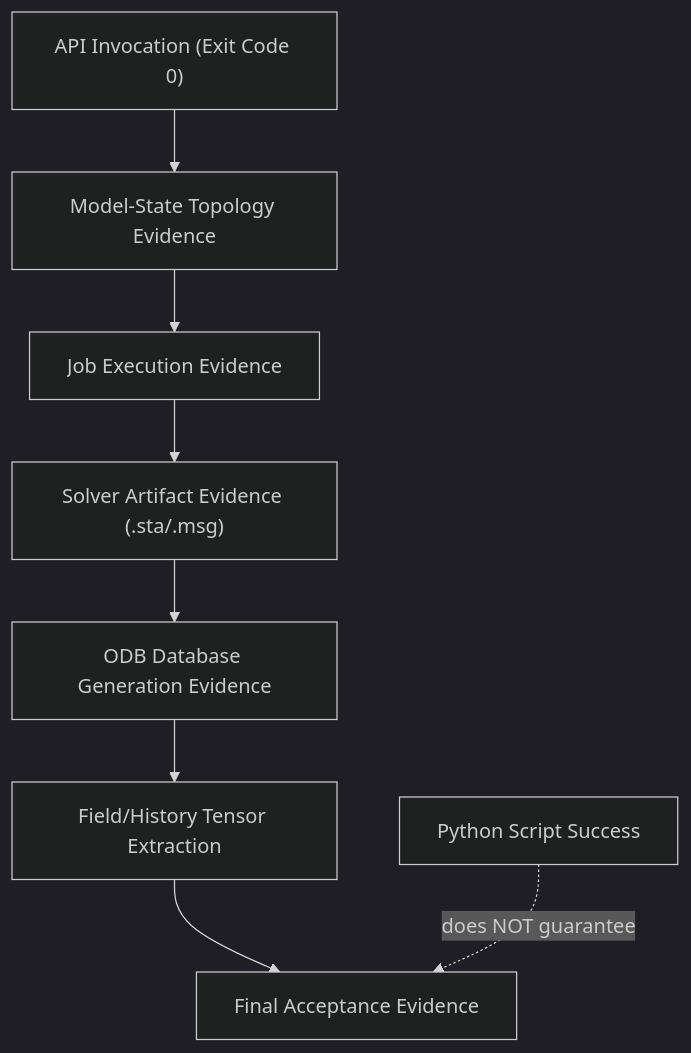
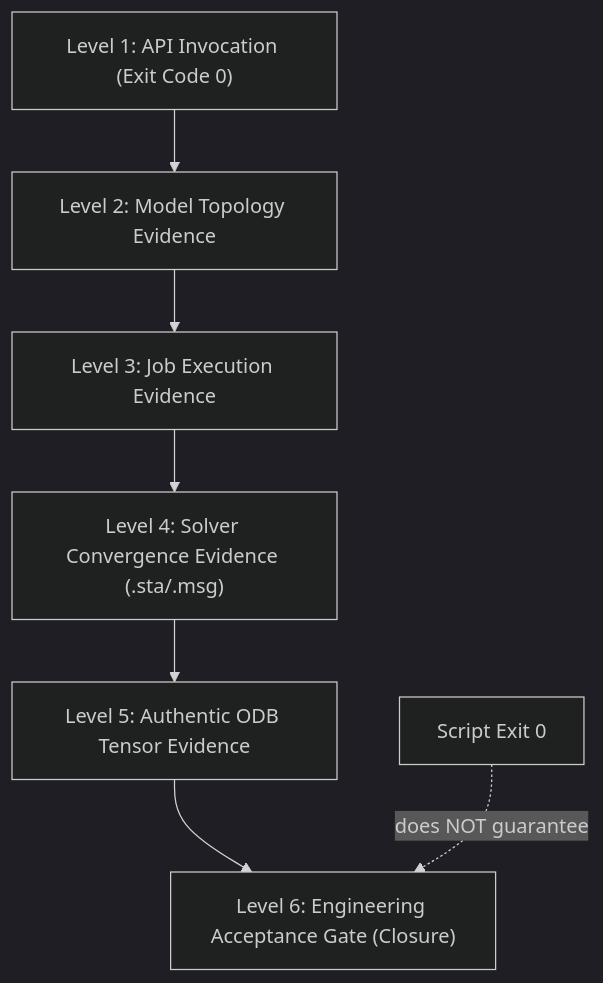
One commit to chenlei-gh/Abaqus-AI-Agent changed the second of 3 diagrams in README.md. Above: the diagram before and after it, drawn with Mermaid (dark theme). The commit also changed other lines of this file and 1 other file, not shown here.

First line of the commit message:
Optimize readme overview charts for mobile devices

````diff
--- a/README.md
+++ b/README.md
@@ -211,10 +173,9 @@
 ```mermaid
 flowchart TD
-    I["API Invocation (Exit Code 0)"] --> M["Model-State Topology Evidence"]
-    M --> J["Job Execution Evidence"]
-    J --> S["Solver Artifact Evidence (.sta/.msg)"]
-    S --> O["ODB Database Generation Evidence"]
-    O --> R["Field/History Tensor Extraction"]
-    R --> A["Final Acceptance Evidence"]
-    N["Python Script Success"] -. "does NOT guarantee" .-> A
+    L1["Level 1: API Invocation (Exit Code 0)"] --> L2["Level 2: Model Topology Evidence"]
+    L2 --> L3["Level 3: Job Execution Evidence"]
+    L3 --> L4["Level 4: Solver Convergence Evidence (.sta/.msg)"]
+    L4 --> L5["Level 5: Authentic ODB Tensor Evidence"]
+    L5 --> L6["Level 6: Engineering Acceptance Gate (Closure)"]
+    N["Script Exit 0"] -. "does NOT guarantee" .-> L6
 ```
````
